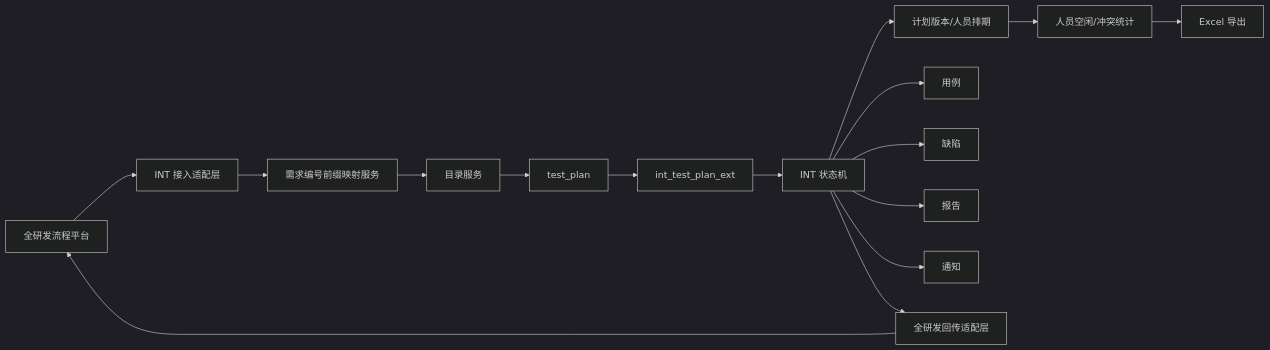
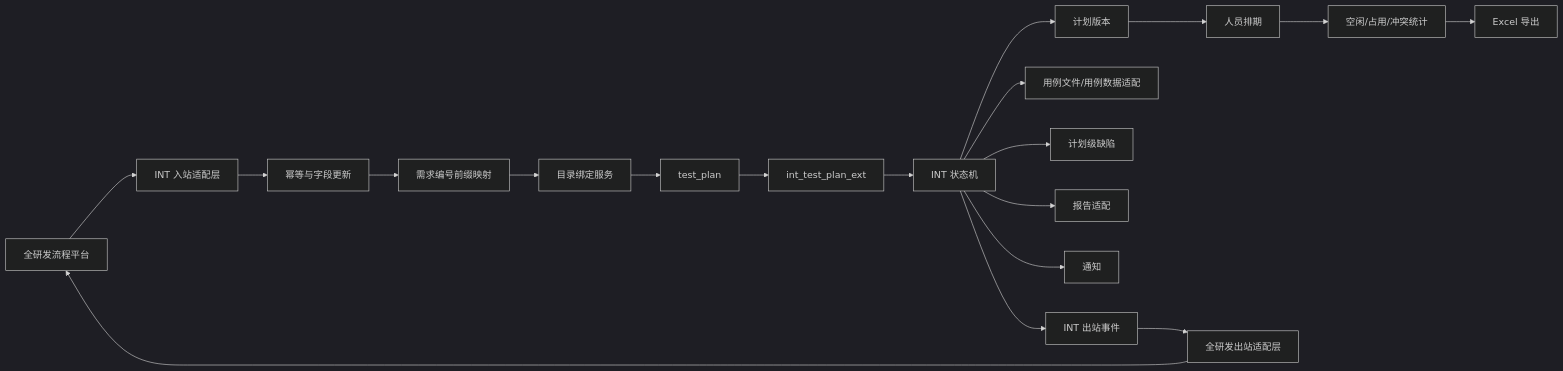
One commit to sdwurg180507280211/metersphere changed the diagram in .kiro/specs/int-test-flow/design.md. Above: the diagram before and after it, drawn with Mermaid (dark theme). The commit also changed other lines of this file, not shown here.

````diff
--- a/.kiro/specs/int-test-flow/design.md
+++ b/.kiro/specs/int-test-flow/design.md
@@ -50,21 +50,24 @@
 ```mermaid
 flowchart LR
-    A[全研发流程平台] --> B[INT 接入适配层]
-    B --> C[需求编号前缀映射服务]
-    C --> D[目录服务]
-    D --> E[test_plan]
-    E --> F[int_test_plan_ext]
+    RD[全研发流程平台] --> IN[INT 入站适配层]
+    IN --> IDEM[幂等与字段更新]
+    IDEM --> MAP[需求编号前缀映射]
+    MAP --> DIR[目录绑定服务]
+    DIR --> PLAN[test_plan]
+    PLAN --> EXT[int_test_plan_ext]
 
-    F --> G[INT 状态机]
-    G --> H[计划版本/人员排期]
-    G --> I[用例]
-    G --> J[缺陷]
-    G --> K[报告]
-    G --> L[通知]
+    EXT --> FLOW[INT 状态机]
+    FLOW --> VER[计划版本]
+    VER --> ASSIGN[人员排期]
+    FLOW --> CASE[用例文件/用例数据适配]
+    FLOW --> ISSUE[计划级缺陷]
+    FLOW --> REPORT[报告适配]
+    FLOW --> NOTICE[通知]
 
-    H --> M[人员空闲/冲突统计]
-    M --> N[Excel 导出]
+    ASSIGN --> RESOURCE[空闲/占用/冲突统计]
+    RESOURCE --> EXCEL[Excel 导出]
 
-    G --> O[全研发回传适配层]
-    O --> A
+    FLOW --> OUTBOX[INT 出站事件]
+    OUTBOX --> OUT[全研发出站适配层]
+    OUT --> RD
 ```
````
